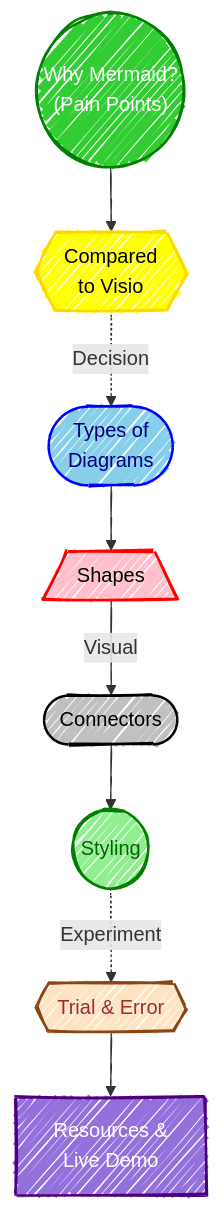
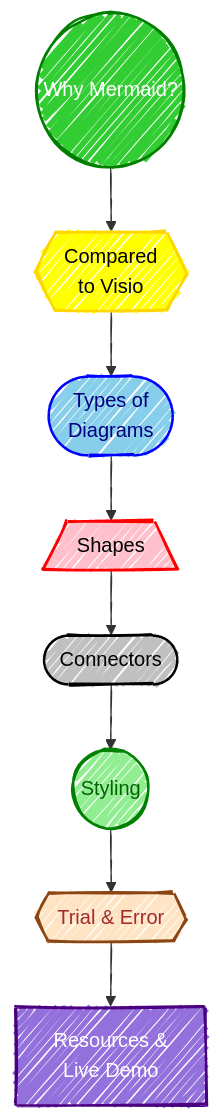
Before and after one commit to jrcs3/Mermaid-Demo: the diagram in readme.md, drawn with Mermaid.

Commit message:
Blob Paths for agenda links

````diff
--- a/readme.md
+++ b/readme.md
@@ -20,38 +20,42 @@
 ```mermaid
 ---
 config:
   look: handDrawn
   theme: neutral 2
 ---
 flowchart TD
     %% Nodes with shapes
-    A(("Why Mermaid?<br/>(Pain Points)")):::startClass
+    A(("Why Mermaid?")):::startClass
     B{{"Compared<br/>to Visio"}}:::compareClass
     C(["Types of<br/>Diagrams"]):::typeClass
     D[/"Shapes"\]:::shapesClass
     E(["Connectors"]):::connectClass
     F(("Styling")):::stylingClass
     G{{"Trial & Error"}}:::trialClass
     H["Resources &<br/>Live Demo"]:::finalClass
  
     %% Flow
     A --> B
-    B -.-> |"Decision"| C
+    B --> C
     C --> D
-    D --> |"Visual"| E
+    D --> E
     E --> F
-    F -.-> |"Experiment"| G
+    F --> G
     G --> H
 
     %% Styling
     classDef startClass fill:limegreen,stroke:green,stroke-width:2px,color:white
     classDef compareClass fill:yellow,stroke:gold,stroke-width:2px,color:black
     classDef typeClass fill:skyblue,stroke:blue,stroke-width:2px,color:navy
     classDef shapesClass fill:pink,stroke:red,stroke-width:2px,color:black
     classDef connectClass fill:silver,stroke:black,stroke-width:2px,color:black
     classDef stylingClass fill:lightgreen,stroke:green,stroke-width:2px,color:darkgreen
     classDef trialClass fill:bisque,stroke:saddlebrown,stroke-width:2px,color:brown
     classDef finalClass fill:mediumpurple,stroke:indigo,stroke-width:2px,color:white
 
+    click B href "https://github.com/jrcs3/Mermaid-Demo/blob/main/vs-visio.md"
+    click C href "https://github.com/jrcs3/Mermaid-Demo/blob/main/types-of-diagrams.md"
+    click D href "https://github.com/jrcs3/Mermaid-Demo/blob/main/shapes.md"
     click E href "https://github.com/jrcs3/Mermaid-Demo/blob/main/connectors.md"
+    click F href "https://github.com/jrcs3/Mermaid-Demo/blob/main/style.md"
 ```
````
